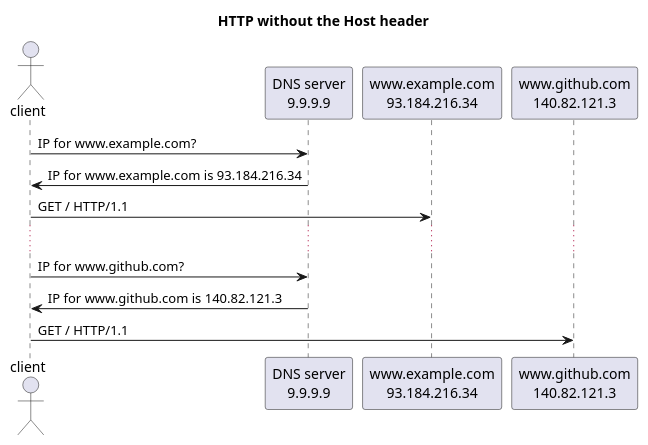
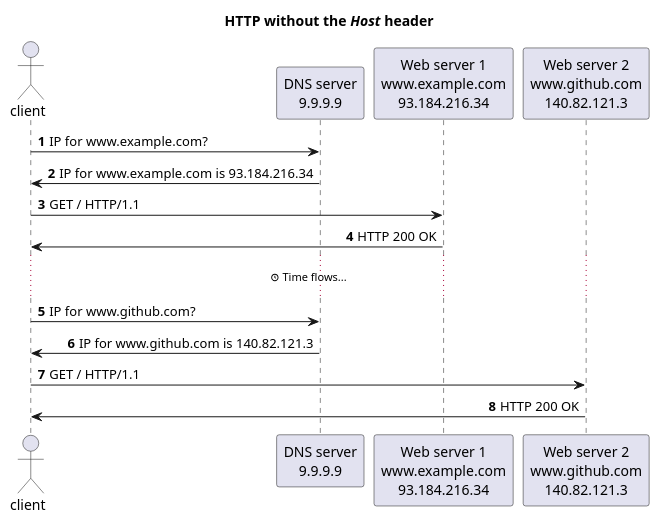
One commit to heig-vd-dai-course/heig-vd-dai-course changed the diagram in 13.01-web-infrastructures/01-course-material/images/http-without-the-host-header.plantuml. Above: the diagram before and after it, drawn with PlantUML. The commit also changed 37 other files, not shown here.

```diff
--- a/13.01-web-infrastructures/01-course-material/images/http-without-the-host-header.plantuml
+++ b/13.01-web-infrastructures/01-course-material/images/http-without-the-host-header.plantuml
@@ -1,19 +1,30 @@
-@startuml
+@startuml http-without-the-host-header
 
-title "HTTP without the Host header"
+skinparam boxPadding 100
+skinparam maxMessageSize 300
+skinparam noteTextAlignment center
+skinparam sequenceMessageAlign direction
+skinparam wrapWidth 250
+autonumber
+
+!pragma teoz true
+
+title "HTTP without the //Host// header"
 
 actor client
 participant "DNS server\n9.9.9.9" as dns
-participant "www.example.com\n93.184.216.34" as web_server_1
-participant "www.github.com\n140.82.121.3" as web_server_2
+participant "Web server 1\nwww.example.com\n93.184.216.34" as web_server_1
+participant "Web server 2\nwww.github.com\n140.82.121.3" as web_server_2
 
 client -> dns: IP for www.example.com?
 dns -> client: IP for www.example.com is 93.184.216.34
 client -> web_server_1: GET / HTTP/1.1
+web_server_1 -> client: HTTP 200 OK
 
-...
+... <&clock> Time flows... ...
 
 client -> dns: IP for www.github.com?
 dns -> client: IP for www.github.com is 140.82.121.3
 client -> web_server_2: GET / HTTP/1.1
+web_server_2-> client: HTTP 200 OK
 @enduml
```
